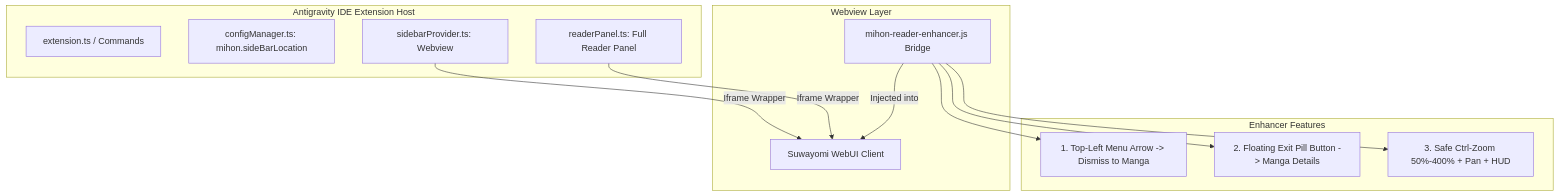
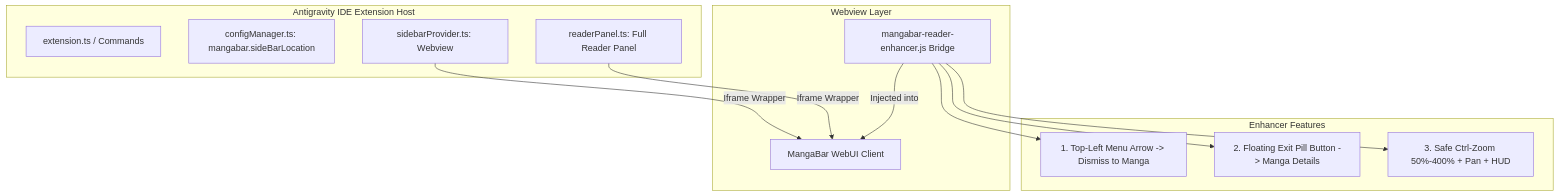
One commit to j-a-y-e-s-h/mangabar changed the diagram in docs/plans/2026-10-03-001-feat-reader-nav-sidebar-location-zoom-plan.md. Above: the diagram before and after it, drawn with Mermaid. The commit also changed other lines of this file and 5 other files, not shown here.

Commit message:
docs: remove obsolete prototype documents and consolidate requirements under MangaBar

````diff
--- a/docs/plans/2026-10-03-001-feat-reader-nav-sidebar-location-zoom-plan.md
+++ b/docs/plans/2026-10-03-001-feat-reader-nav-sidebar-location-zoom-plan.md
@@ -36,21 +36,21 @@
 ```mermaid
 flowchart TD
     subgraph Antigravity IDE Extension Host
         EM[extension.ts / Commands]
-        CM[configManager.ts: mihon.sideBarLocation]
+        CM[configManager.ts: mangabar.sideBarLocation]
         SP[sidebarProvider.ts: Webview]
         RP[readerPanel.ts: Full Reader Panel]
     end
 
     subgraph Webview Layer
-        SP -->|Iframe Wrapper| SW[Suwayomi WebUI Client]
+        SP -->|Iframe Wrapper| SW[MangaBar WebUI Client]
         RP -->|Iframe Wrapper| SW
-        NAV_INJECT[mihon-reader-enhancer.js Bridge] -->|Injected into| SW
+        NAV_INJECT[mangabar-reader-enhancer.js Bridge] -->|Injected into| SW
     end
 
     subgraph Enhancer Features
         NAV_INJECT --> F1[1. Top-Left Menu Arrow -> Dismiss to Manga]
         NAV_INJECT --> F2[2. Floating Exit Pill Button -> Manga Details]
         NAV_INJECT --> F3[3. Safe Ctrl-Zoom 50%-400% + Pan + HUD]
     end
 ```
````
